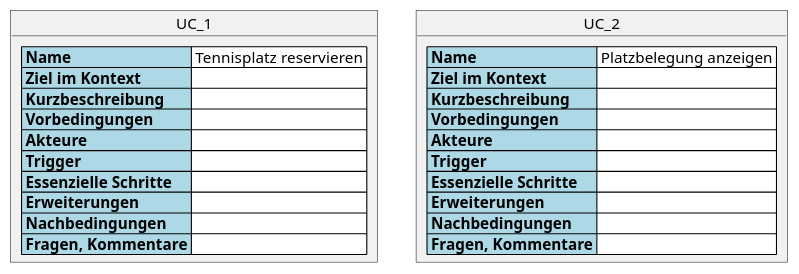
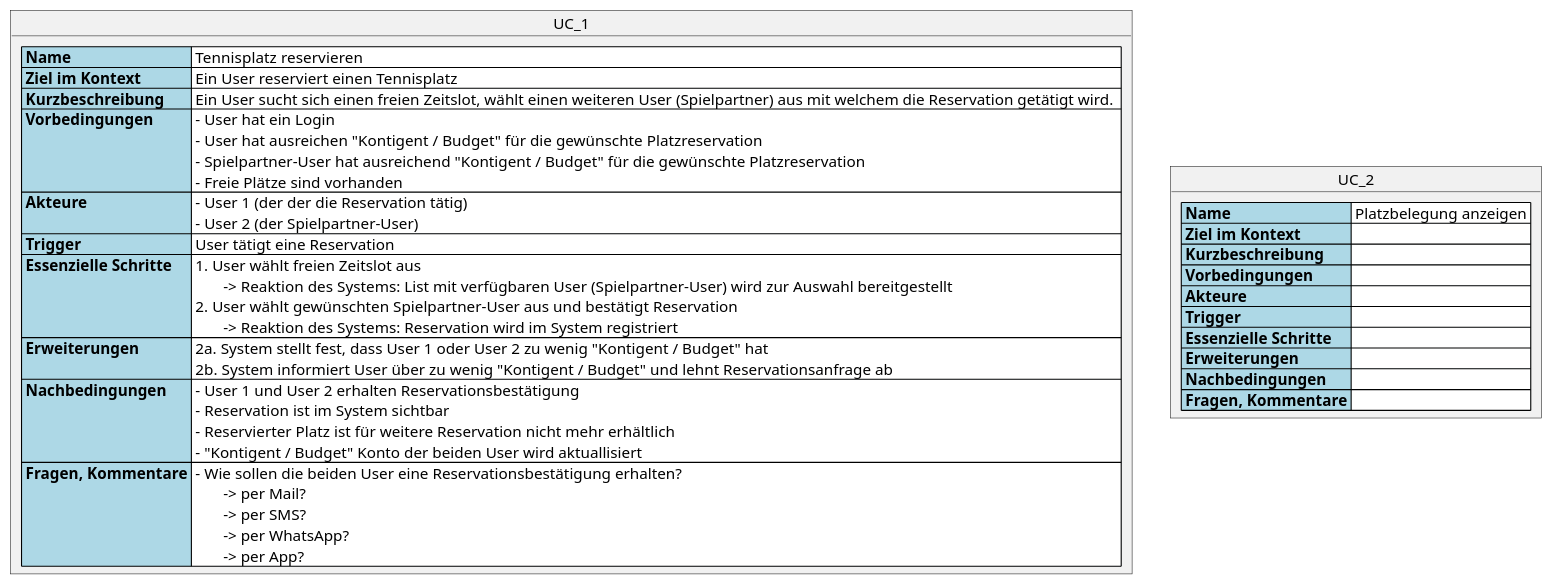
One commit to incrediblybadcoder/fortylove changed the diagram in documents/design/usecases/NotesUseCasesUser.plantuml. Above: the diagram before and after it, drawn with PlantUML.

Commit message:
#39 UC_1 "Tennisplatz reservieren" described in more detail

```diff
--- a/documents/design/usecases/NotesUseCasesUser.plantuml
+++ b/documents/design/usecases/NotesUseCasesUser.plantuml
@@ -1,28 +1,28 @@
 @startuml
 object UC_1 {
 <#lightblue,#black>|= Name |<#white> Tennisplatz reservieren |
-<#lightblue,#black>|= Ziel im Kontext |<#white>  |
-<#lightblue,#black>|= Kurzbeschreibung |<#white>  |
-<#lightblue,#black>|= Vorbedingungen |<#white>  |
-<#lightblue,#black>|= Akteure |<#white>  |
-<#lightblue,#black>|= Trigger |<#white>  |
-<#lightblue,#black>|= Essenzielle Schritte |<#white>  |
-<#lightblue,#black>|= Erweiterungen |<#white>  |
-<#lightblue,#black>|= Nachbedingungen |<#white>  |
-<#lightblue,#black>|= Fragen, Kommentare |<#white>  |
+<#lightblue,#black>|= Ziel im Kontext |<#white> Ein User reserviert einen Tennisplatz |
+<#lightblue,#black>|= Kurzbeschreibung |<#white> Ein User sucht sich einen freien Zeitslot, wählt einen weiteren User (Spielpartner) aus mit welchem die Reservation getätigt wird.  |
+<#lightblue,#black>|= Vorbedingungen |<#white> - User hat ein Login\n - User hat ausreichen "Kontigent / Budget" für die gewünschte Platzreservation\n - Spielpartner-User hat ausreichend "Kontigent / Budget" für die gewünschte Platzreservation\n - Freie Plätze sind vorhanden  |
+<#lightblue,#black>|= Akteure |<#white> - User 1 (der der die Reservation tätig)\n - User 2 (der Spielpartner-User) |
+<#lightblue,#black>|= Trigger |<#white> User tätigt eine Reservation  |
+<#lightblue,#black>|= Essenzielle Schritte |<#white> 1. User wählt freien Zeitslot aus\n\t-> Reaktion des Systems: List mit verfügbaren User (Spielpartner-User) wird zur Auswahl bereitgestellt\n 2. User wählt gewünschten Spielpartner-User aus und bestätigt Reservation\n\t-> Reaktion des Systems: Reservation wird im System registriert  |
+<#lightblue,#black>|= Erweiterungen |<#white> 2a. System stellt fest, dass User 1 oder User 2 zu wenig "Kontigent / Budget" hat\n 2b. System informiert User über zu wenig "Kontigent / Budget" und lehnt Reservationsanfrage ab |
+<#lightblue,#black>|= Nachbedingungen |<#white> - User 1 und User 2 erhalten Reservationsbestätigung\n - Reservation ist im System sichtbar\n - Reservierter Platz ist für weitere Reservation nicht mehr erhältlich\n - "Kontigent / Budget" Konto der beiden User wird aktuallisiert |
+<#lightblue,#black>|= Fragen, Kommentare |<#with> - Wie sollen die beiden User eine Reservationsbestätigung erhalten?\n\t-> per Mail?\n\t-> per SMS?\n\t-> per WhatsApp?\n\t-> per App? |
 }
 
 object UC_2 {
 <#lightblue,#black>|= Name|<#white> Platzbelegung anzeigen |
 <#lightblue,#black>|= Ziel im Kontext |<#white>  |
 <#lightblue,#black>|= Kurzbeschreibung |<#white>  |
 <#lightblue,#black>|= Vorbedingungen |<#white>  |
 <#lightblue,#black>|= Akteure |<#white>  |
 <#lightblue,#black>|= Trigger |<#white>  |
 <#lightblue,#black>|= Essenzielle Schritte |<#white>  |
 <#lightblue,#black>|= Erweiterungen |<#white>  |
 <#lightblue,#black>|= Nachbedingungen |<#white>  |
 <#lightblue,#black>|= Fragen, Kommentare |<#white>  |
 }
 
 @enduml
```
